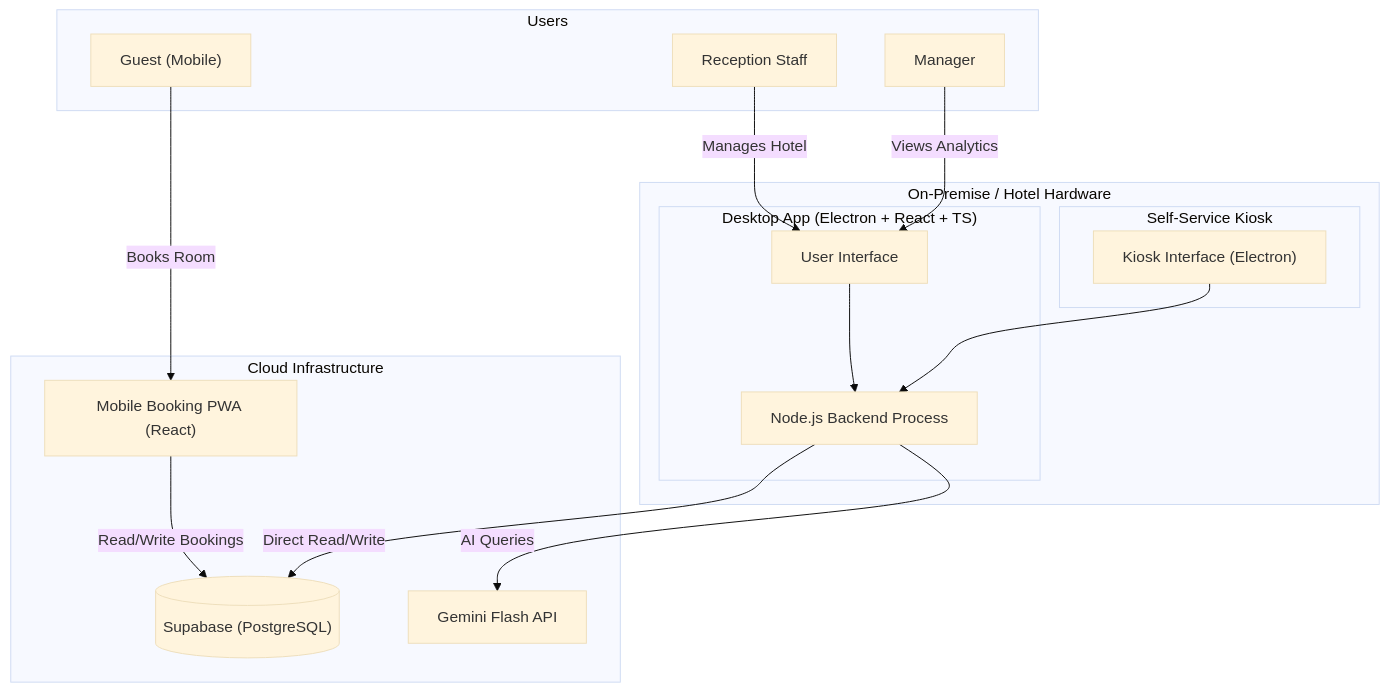
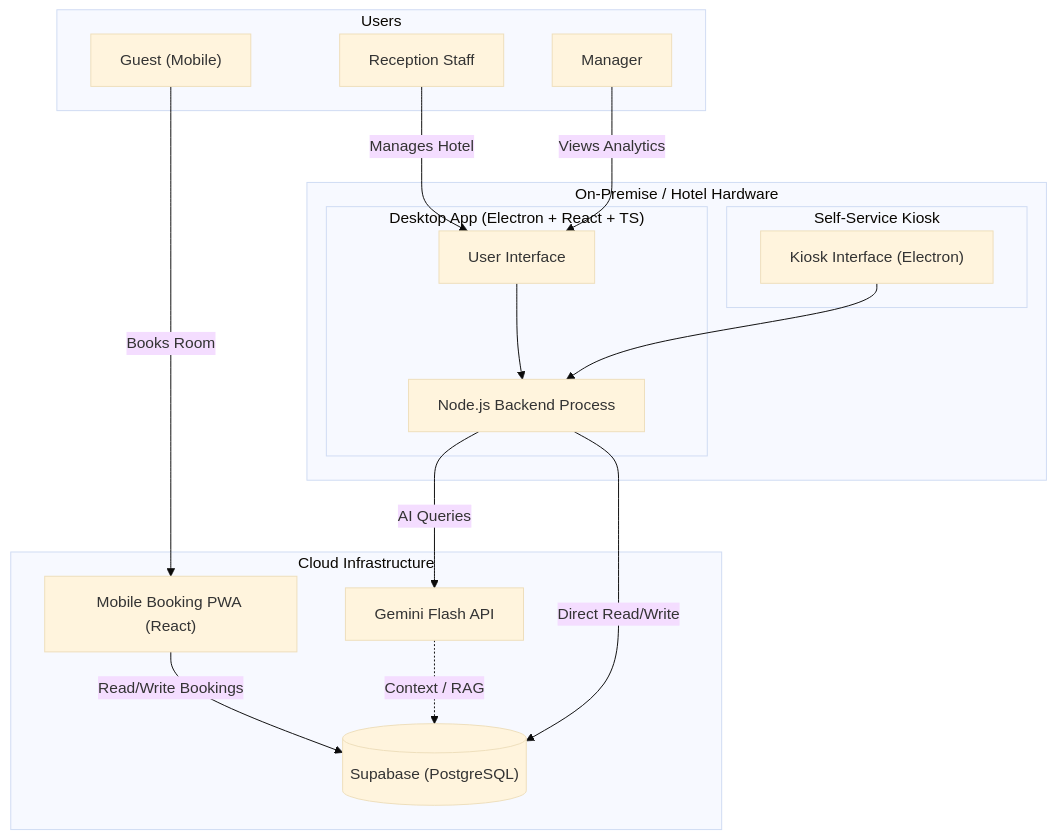
Before and after one commit to pulkitnehra/ProjectsCompleted: the diagram in HotelManagementModernization/architecture_diagram.mermaid, drawn with Mermaid (base theme).

Commit message:
updated diagrams

```diff
--- a/HotelManagementModernization/architecture_diagram.mermaid
+++ b/HotelManagementModernization/architecture_diagram.mermaid
@@ -1,34 +1,35 @@
 graph TD
     subgraph Cloud ["Cloud Infrastructure"]
         PWA["Mobile Booking PWA (React)"]
         Supabase[("Supabase (PostgreSQL)")]
         LLM["Gemini Flash API"]
         
         PWA -->|"Read/Write Bookings"| Supabase
+        LLM -.->|"Context / RAG"| Supabase
     end
 
     subgraph Hotel ["On-Premise / Hotel Hardware"]
         subgraph Desktop ["Desktop App (Electron + React + TS)"]
         UI["User Interface"]
         Backend["Node.js Backend Process"]
         
         UI --> Backend
         Backend -->|"Direct Read/Write"| Supabase
         Backend -->|"AI Queries"| LLM
         end
 
         subgraph Kiosk ["Self-Service Kiosk"]
             KioskUI["Kiosk Interface (Electron)"]
             KioskUI --> Backend
         end
     end
 
     subgraph Users
         Guest["Guest (Mobile)"]
         Reception["Reception Staff"]
         Manager["Manager"]
     end
 
     Guest -->|"Books Room"| PWA
     Reception -->|"Manages Hotel"| UI
     Manager -->|"Views Analytics"| UI
```
